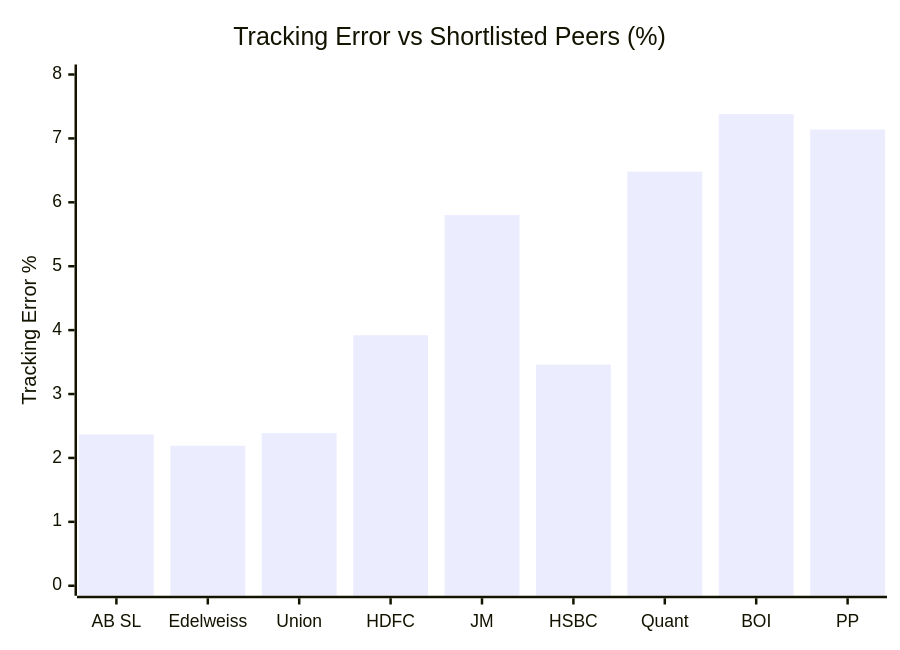
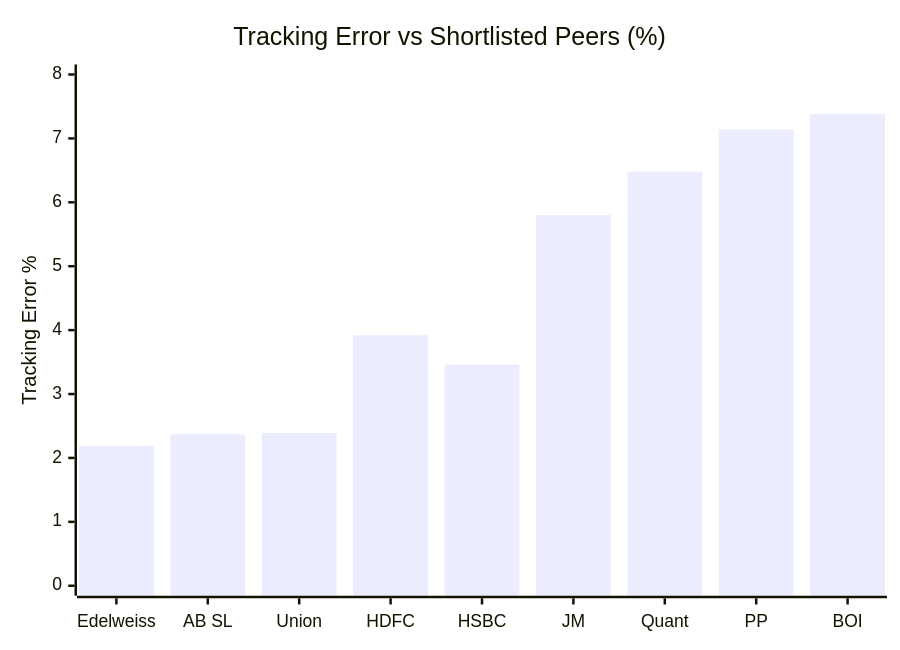
Before and after one commit to mayankutkarsh334/Investment: the eighth of 11 diagrams in Mutual Fund/FlexiCap/funds/parag_parikh/module2_risk.md, drawn with Mermaid. The commit also changed other lines of this file and 4 other files, not shown here.

````diff
--- a/Mutual Fund/FlexiCap/funds/parag_parikh/module2_risk.md
+++ b/Mutual Fund/FlexiCap/funds/parag_parikh/module2_risk.md
@@ -90,7 +176,7 @@
 ```mermaid
 xychart-beta
     title "Tracking Error vs Shortlisted Peers (%)"
-    x-axis ["AB SL", "Edelweiss", "Union", "HDFC", "JM", "HSBC", "Quant", "BOI", "PP"]
+    x-axis ["Edelweiss", "AB SL", "Union", "HDFC", "HSBC", "JM", "Quant", "PP", "BOI"]
     y-axis "Tracking Error %" 0 --> 8
-    bar [2.37, 2.19, 2.39, 3.92, 5.80, 3.46, 6.48, 7.38, 7.14]
+    bar [2.19, 2.37, 2.39, 3.92, 3.46, 5.80, 6.48, 7.14, 7.38]
 ```
````
